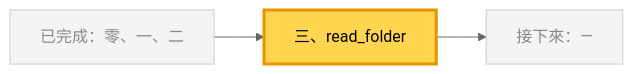
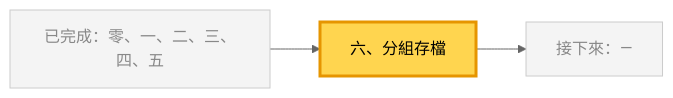
Before and after one commit to 4-learn/data-analysis-and-process-demo: diagram 14 of 15 in docs/2.md, drawn with Mermaid (neutral theme). The commit also changed other lines of this file and 189 other files, not shown here.

````diff
--- a/docs/2.md
+++ b/docs/2.md
@@ -252,7 +400,7 @@
 ```mermaid
 flowchart LR
-    P["已完成：零、一、二"] --> C["三、read_folder"] --> N["接下來：—"]
+    P["已完成：零、一、二、三、四、五"] --> C["六、分組存檔"] --> N["接下來：—"]
     classDef other fill:#f4f4f4,stroke:#cccccc,color:#888888
     class P,N other
     style C fill:#ffd54f,stroke:#e69500,stroke-width:3px,color:#000
 ```
````
